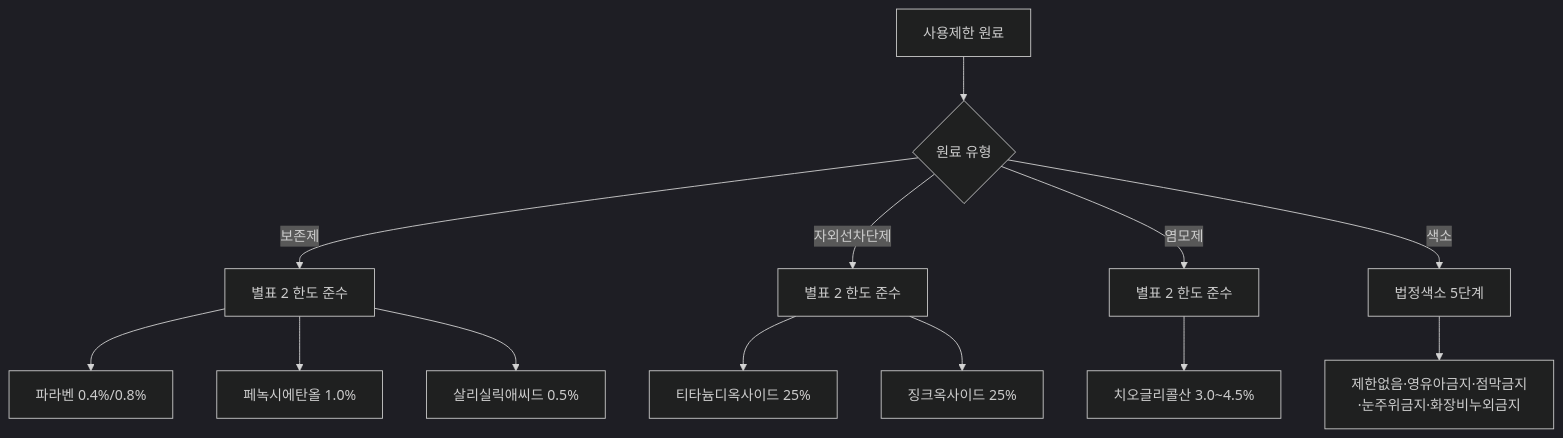
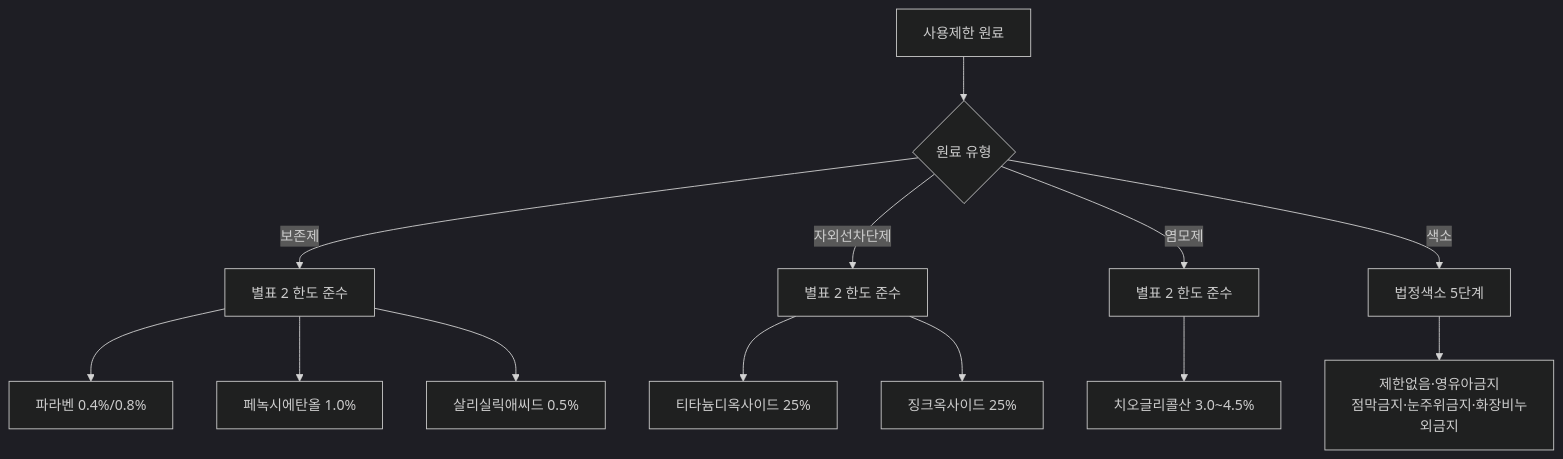
Before and after one commit to skygoldlee-cyber/Personalized_Skincare: the fifth of 5 diagrams in content/참조자료/과목2/2과목_Ch03_사용제한원료_핵심암기.md, drawn with Mermaid (dark theme). The commit also changed other lines of this file and 8 other files, not shown here.

````diff
--- a/content/참조자료/과목2/2과목_Ch03_사용제한원료_핵심암기.md
+++ b/content/참조자료/과목2/2과목_Ch03_사용제한원료_핵심암기.md
@@ -234,15 +262,15 @@
 ```mermaid
 flowchart TD
   A[사용제한 원료] --> B{원료 유형}
   B -->|보존제| C[별표 2 한도 준수]
   B -->|자외선차단제| D[별표 2 한도 준수]
   B -->|염모제| E[별표 2 한도 준수]
   B -->|색소| F[법정색소 5단계]
   C --> C1[파라벤 0.4%/0.8%]
   C --> C2[페녹시에탄올 1.0%]
   C --> C3[살리실릭애씨드 0.5%]
   D --> D1[티타늄디옥사이드 25%]
   D --> D2[징크옥사이드 25%]
   E --> E1[치오글리콜산 3.0~4.5%]
-  F --> F1[제한없음·영유아금지·점막금지·눈주위금지·화장비누외금지]
+  F --> F1[제한없음·영유아금지<br/>점막금지·눈주위금지·화장비누외금지]
 ```
````
